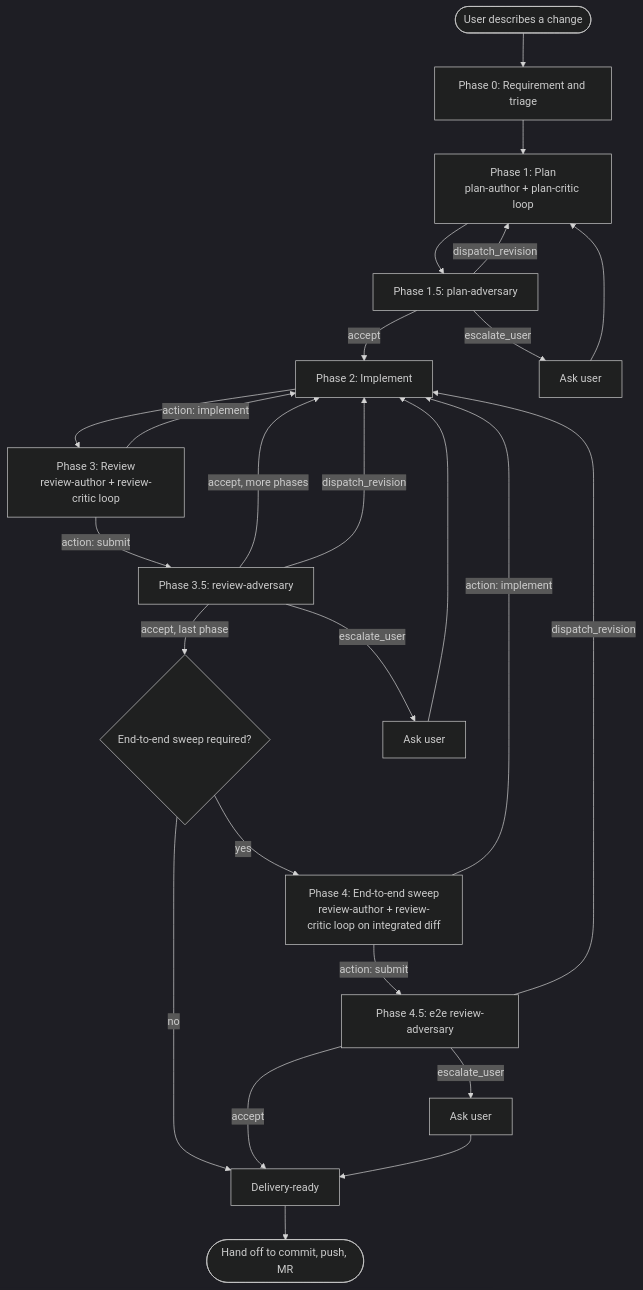
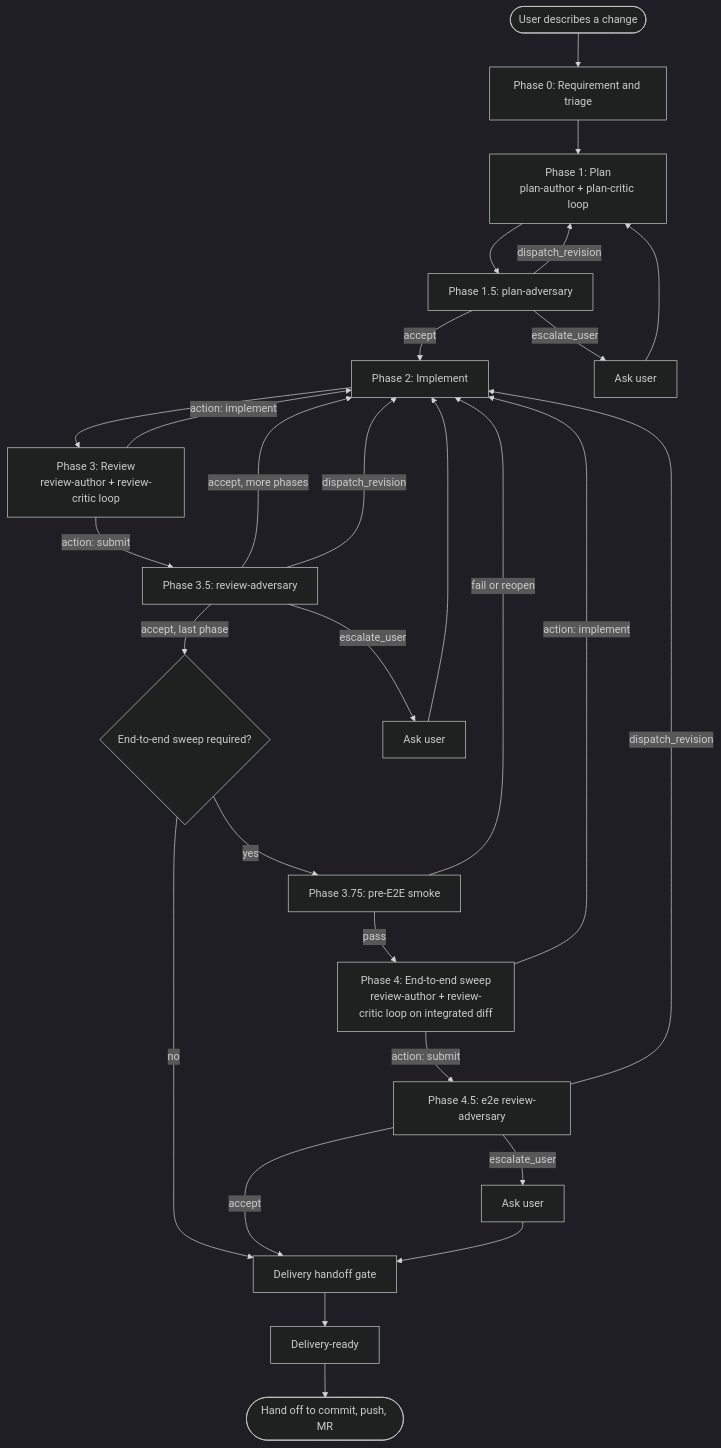
Before and after one commit to sformisano/sf-skills-catalog: the first of 6 diagrams in docs/squad-methodology.md, drawn with Mermaid (dark theme). The commit also changed other lines of this file and 5 other files, not shown here.

````diff
--- a/docs/squad-methodology.md
+++ b/docs/squad-methodology.md
@@ -42,27 +42,30 @@
 ```mermaid
 flowchart TB
     Start([User describes a change]) --> P0[Phase 0: Requirement and triage]
     P0 --> P1["Phase 1: Plan<br/>plan-author + plan-critic loop"]
     P1 --> P15[Phase 1.5: plan-adversary]
     P15 -->|accept| P2[Phase 2: Implement]
     P15 -->|dispatch_revision| P1
     P15 -->|escalate_user| User1[Ask user]
     User1 --> P1
     P2 --> P3["Phase 3: Review<br/>review-author + review-critic loop"]
     P3 -->|action: implement| P2
     P3 -->|action: submit| P35[Phase 3.5: review-adversary]
     P35 -->|accept, more phases| P2
     P35 -->|accept, last phase| P4Decide{End-to-end sweep required?}
     P35 -->|dispatch_revision| P2
     P35 -->|escalate_user| User2[Ask user]
     User2 --> P2
-    P4Decide -->|yes| P4["Phase 4: End-to-end sweep<br/>review-author + review-critic loop on integrated diff"]
-    P4Decide -->|no| Delivery[Delivery-ready]
+    P4Decide -->|yes| P375[Phase 3.75: pre-E2E smoke]
+    P4Decide -->|no| DGate[Delivery handoff gate]
+    P375 -->|pass| P4["Phase 4: End-to-end sweep<br/>review-author + review-critic loop on integrated diff"]
+    P375 -->|fail or reopen| P2
     P4 -->|action: implement| P2
     P4 -->|action: submit| P45[Phase 4.5: e2e review-adversary]
-    P45 -->|accept| Delivery
+    P45 -->|accept| DGate
     P45 -->|dispatch_revision| P2
     P45 -->|escalate_user| User3[Ask user]
-    User3 --> Delivery
+    User3 --> DGate
+    DGate --> Delivery[Delivery-ready]
     Delivery --> Done([Hand off to commit, push, MR])
 ```
````
